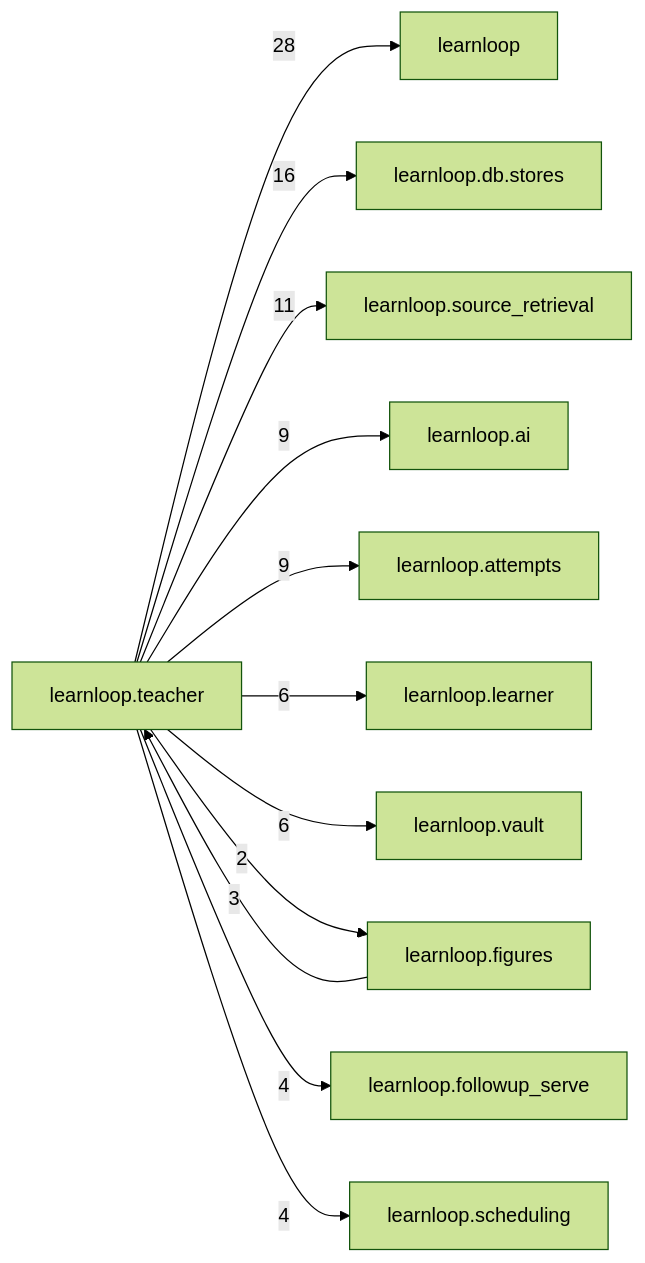
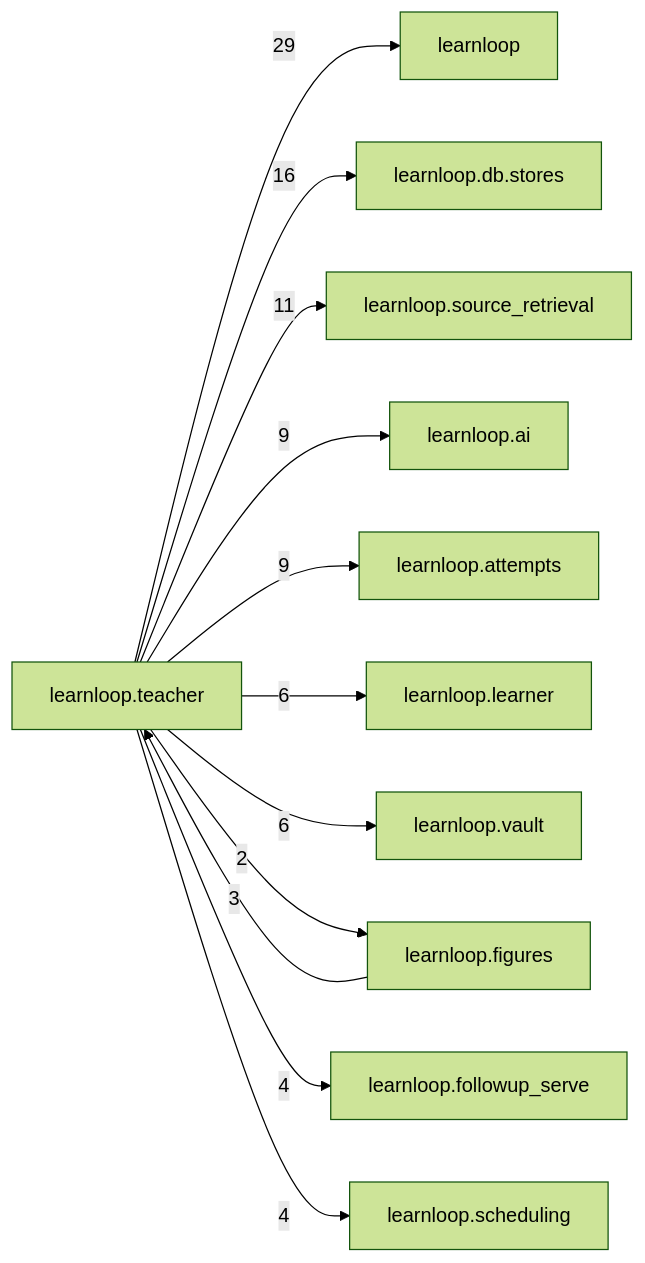
One commit to 6up-b/learnanything changed the diagram in docs/learnloop-architecture-vault/Reference/Modules/learnloop/teacher/_package.md. Above: the diagram before and after it, drawn with Mermaid (forest theme). The commit also changed other lines of this file and 48 other files, not shown here.

````diff
--- a/docs/learnloop-architecture-vault/Reference/Modules/learnloop/teacher/_package.md
+++ b/docs/learnloop-architecture-vault/Reference/Modules/learnloop/teacher/_package.md
@@ -120,25 +120,25 @@
 ```mermaid
 flowchart LR
     center["learnloop.teacher"]
     n_learnloop["learnloop"]
     n_learnloop_db_stores["learnloop.db.stores"]
     n_learnloop_source_retrieval["learnloop.source_retrieval"]
     n_learnloop_ai["learnloop.ai"]
     n_learnloop_attempts["learnloop.attempts"]
     n_learnloop_learner["learnloop.learner"]
     n_learnloop_vault["learnloop.vault"]
     n_learnloop_figures["learnloop.figures"]
     n_learnloop_followup_serve["learnloop.followup_serve"]
     n_learnloop_scheduling["learnloop.scheduling"]
-    center -->|28| n_learnloop
+    center -->|29| n_learnloop
     center -->|16| n_learnloop_db_stores
     center -->|11| n_learnloop_source_retrieval
     center -->|9| n_learnloop_ai
     center -->|9| n_learnloop_attempts
     center -->|6| n_learnloop_learner
     center -->|6| n_learnloop_vault
     n_learnloop_figures -->|3| center
     center -->|2| n_learnloop_figures
     center -->|4| n_learnloop_followup_serve
     center -->|4| n_learnloop_scheduling
 ```
````
